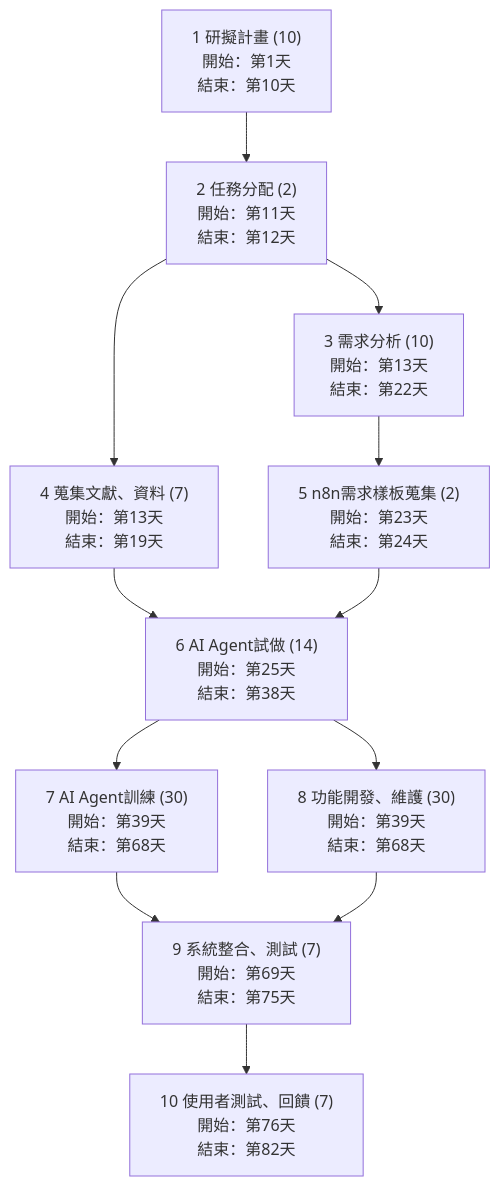
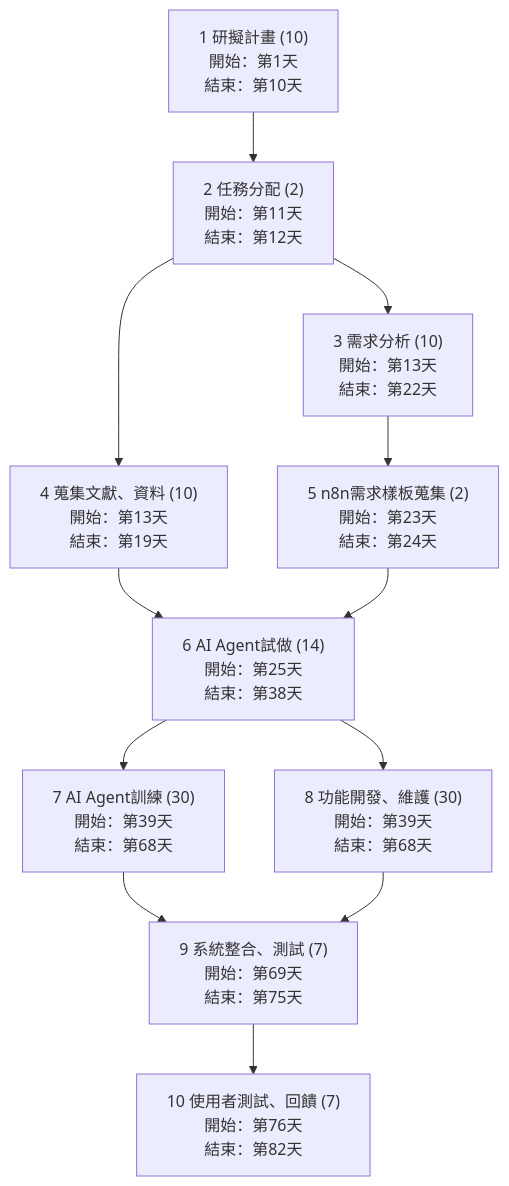
One commit to zombie942018/groupwork changed the second of 2 diagrams in GHW_2.md. Above: the diagram before and after it, drawn with Mermaid. The commit also changed other lines of this file, not shown here.

````diff
--- a/GHW_2.md
+++ b/GHW_2.md
@@ -32,40 +32,40 @@
 ```mermaid
 graph TD
     T1["1 研擬計畫 (10)
       開始：第1天
       結束：第10天"] --> T2["2 任務分配 (2)
       開始：第11天
       結束：第12天"]
     T2 --> T3["3 需求分析 (10)
               開始：第13天
               結束：第22天"]
 
-    T2 --> T4["4 蒐集文獻、資料 (7)
+    T2 --> T4["4 蒐集文獻、資料 (10)
               開始：第13天
               結束：第19天"]
 
     T3 --> T5["5 n8n需求樣板蒐集 (2)
               開始：第23天
               結束：第24天"]
 
     T4 --> T6["6 AI Agent試做 (14)
               開始：第25天
               結束：第38天"]
     T5 --> T6
 
     T6 --> T7["7 AI Agent訓練 (30)
               開始：第39天
               結束：第68天"]
     T6 --> T8["8 功能開發、維護 (30)
               開始：第39天
               結束：第68天"]
 
     T7 --> T9["9 系統整合、測試 (7)
               開始：第69天
               結束：第75天"]
     T8 --> T9
 
     T9 --> T10["10 使用者測試、回饋 (7)
                 開始：第76天
                 結束：第82天"]
 ```
````
